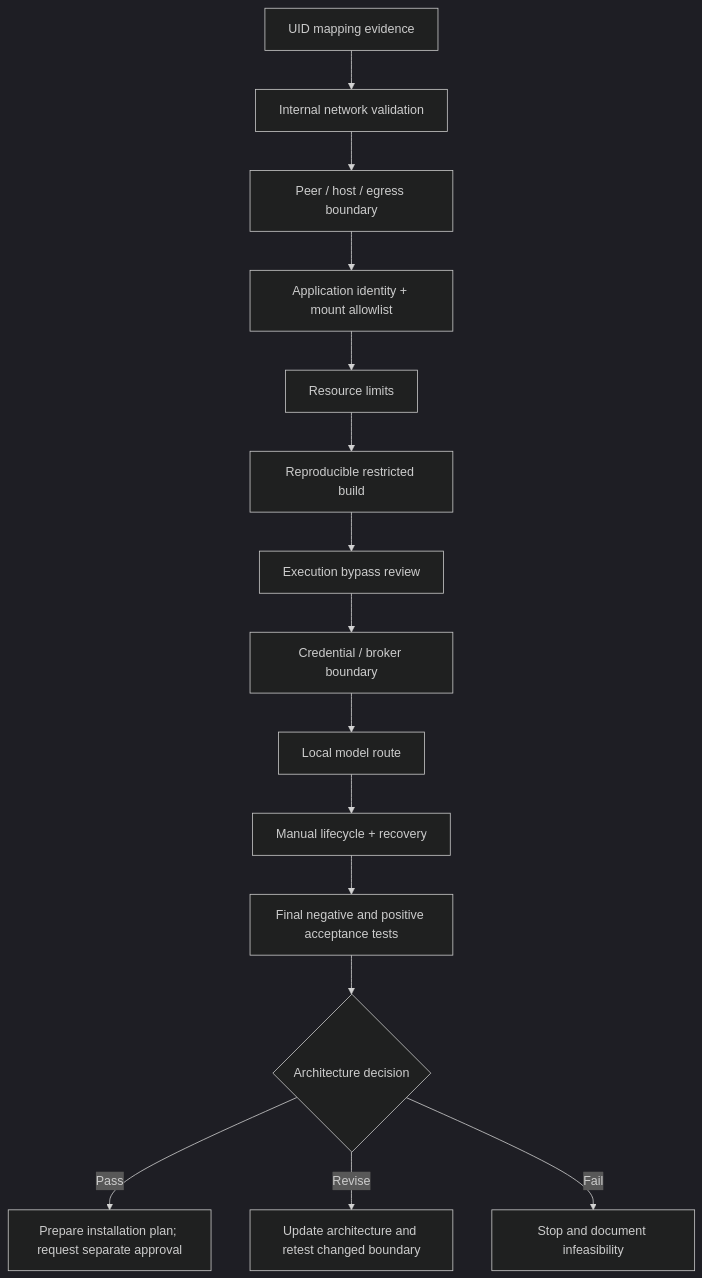
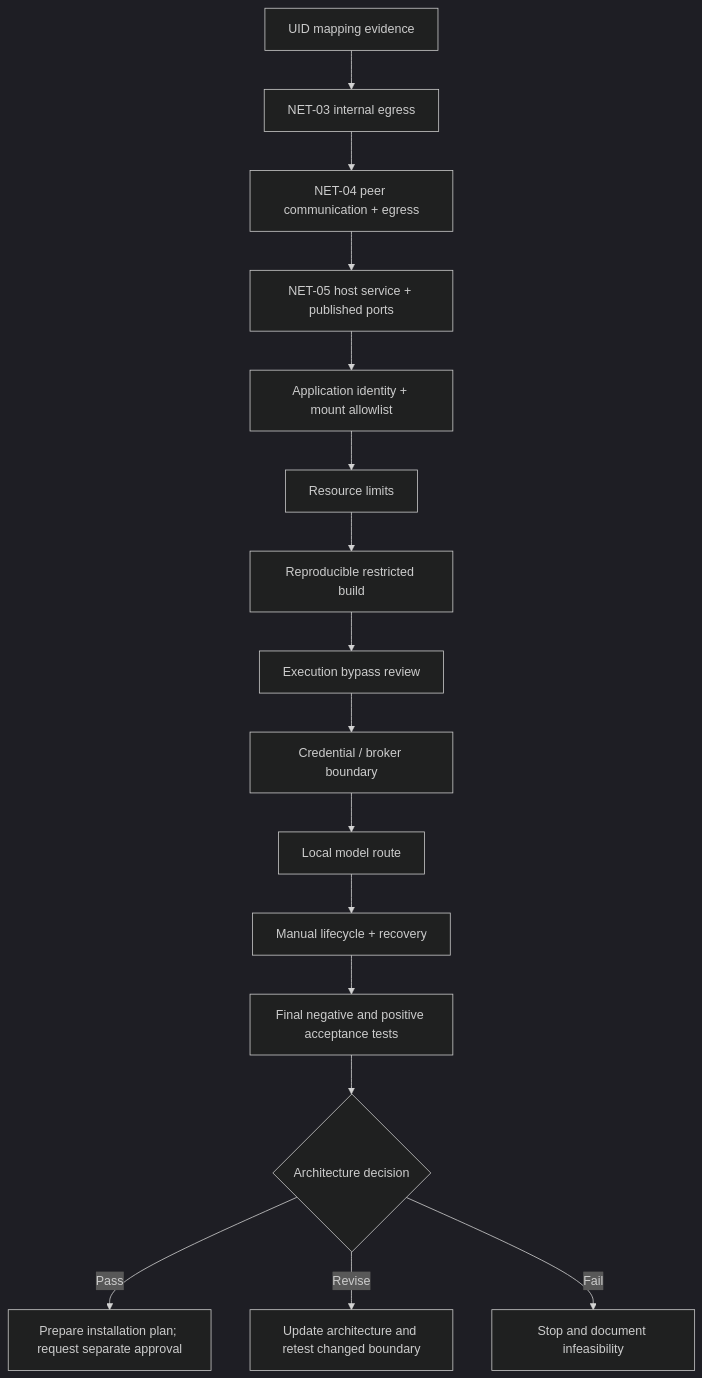
Before and after one commit to laconic-lab/projects: the second of 2 diagrams in odysseus/docs/second.installation/2.audit/ODYSSEUS-PHASE-1.4-DEPLOYMENT-FEASIBILITY-AUDIT.md, drawn with Mermaid (dark theme). The commit also changed other lines of this file, not shown here.

Commit message:
Expand NET-04 execution record and gate map

````diff
--- a/odysseus/docs/second.installation/2.audit/ODYSSEUS-PHASE-1.4-DEPLOYMENT-FEASIBILITY-AUDIT.md
+++ b/odysseus/docs/second.installation/2.audit/ODYSSEUS-PHASE-1.4-DEPLOYMENT-FEASIBILITY-AUDIT.md
@@ -1044,17 +1280,18 @@
 ```mermaid
 flowchart TD
-    A[UID mapping evidence] --> B[Internal network validation]
-    B --> C[Peer / host / egress boundary]
-    C --> D[Application identity + mount allowlist]
-    D --> E[Resource limits]
-    E --> F[Reproducible restricted build]
-    F --> G[Execution bypass review]
-    G --> H[Credential / broker boundary]
-    H --> I[Local model route]
-    I --> J[Manual lifecycle + recovery]
-    J --> K[Final negative and positive acceptance tests]
-    K --> L{Architecture decision}
-    L -->|Pass| M[Prepare installation plan; request separate approval]
-    L -->|Revise| N[Update architecture and retest changed boundary]
-    L -->|Fail| O[Stop and document infeasibility]
+    A[UID mapping evidence] --> B[NET-03 internal egress]
+    B --> C[NET-04 peer communication + egress]
+    C --> D[NET-05 host service + published ports]
+    D --> E[Application identity + mount allowlist]
+    E --> F[Resource limits]
+    F --> G[Reproducible restricted build]
+    G --> H[Execution bypass review]
+    H --> I[Credential / broker boundary]
+    I --> J[Local model route]
+    J --> K[Manual lifecycle + recovery]
+    K --> L[Final negative and positive acceptance tests]
+    L --> M{Architecture decision}
+    M -->|Pass| N[Prepare installation plan; request separate approval]
+    M -->|Revise| O[Update architecture and retest changed boundary]
+    M -->|Fail| P[Stop and document infeasibility]
 ```
````
